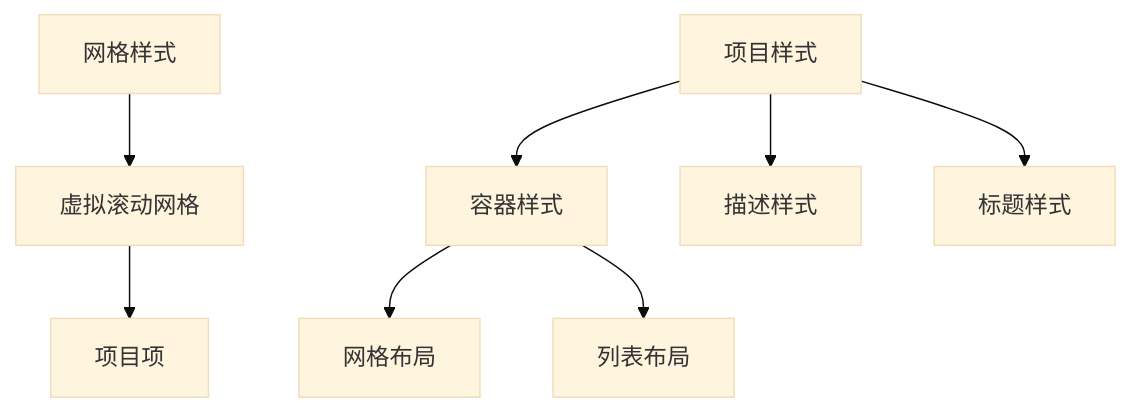
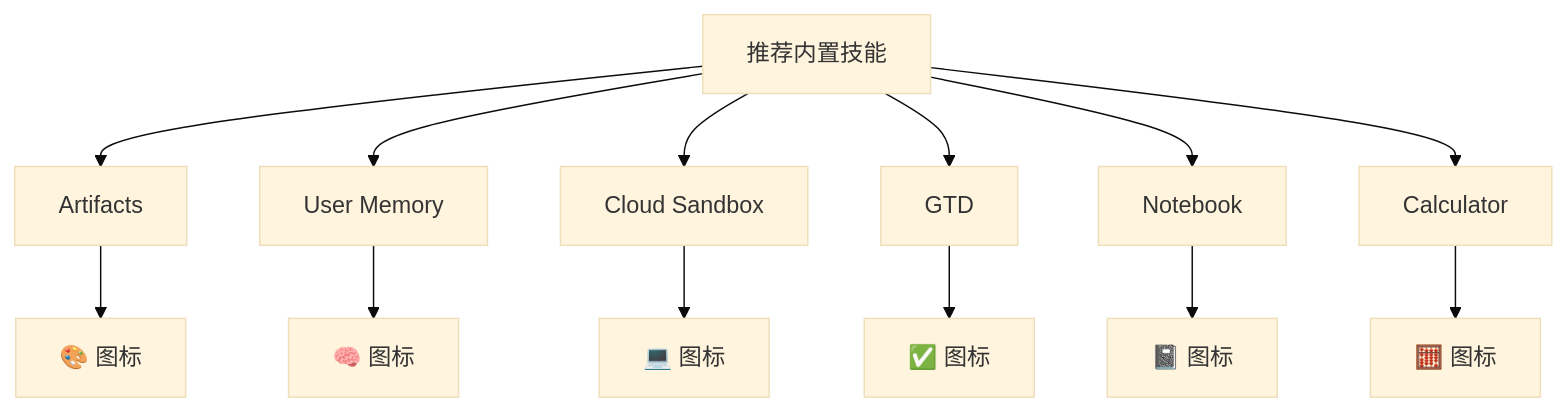
Before and after one commit to AvatoLabs/avato: diagram 11 of 15 in .qoder/repowiki/zh/content/核心功能模块/技能市场系统/技能市场系统.md, drawn with Mermaid (base theme). The commit also changed other lines of this file and 158 other files, not shown here.

````diff
--- a/.qoder/repowiki/zh/content/核心功能模块/技能市场系统/技能市场系统.md
+++ b/.qoder/repowiki/zh/content/核心功能模块/技能市场系统/技能市场系统.md
@@ -516,10 +539,15 @@
 ```mermaid
 graph TD
-GridStyles[网格样式] --> VirtuosoGrid[虚拟滚动网格]
-ItemStyles[项目样式] --> Container[容器样式]
-ItemStyles --> Description[描述样式]
-ItemStyles --> Title[标题样式]
-VirtuosoGrid --> Item[项目项]
-Container --> Grid[网格布局]
-Container --> List[列表布局]
+RecommendedSkills[推荐内置技能] --> Artifacts[Artifacts]
+RecommendedSkills --> Memory[User Memory]
+RecommendedSkills --> CloudSandbox[Cloud Sandbox]
+RecommendedSkills --> GTD[GTD]
+RecommendedSkills --> Notebook[Notebook]
+RecommendedSkills --> Calculator[Calculator]
+Artifacts --> ArtifactsIcon[🎨 图标]
+Memory --> MemoryIcon[🧠 图标]
+CloudSandbox --> CloudIcon[💻 图标]
+GTD --> GTDIcon[✅ 图标]
+Notebook --> NotebookIcon[📓 图标]
+Calculator --> CalcIcon[🧮 图标]
 ```
````
